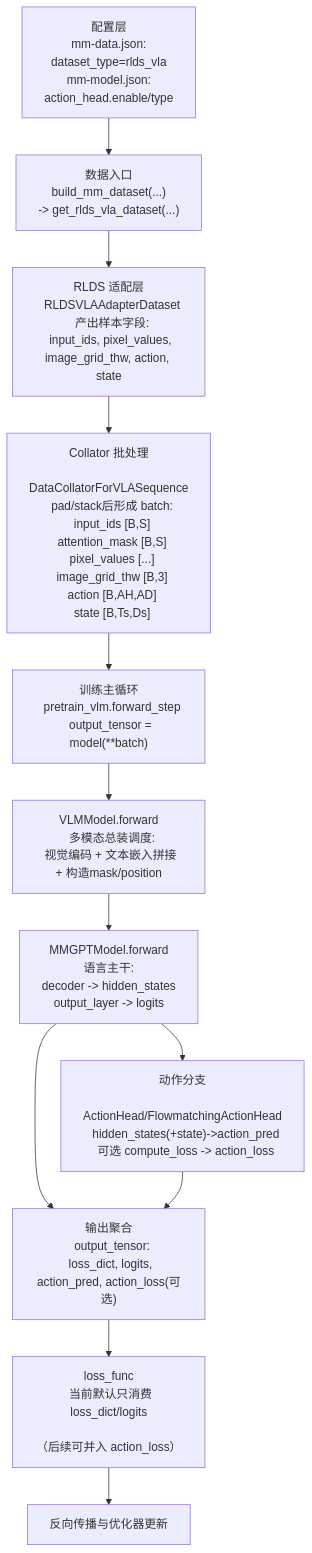
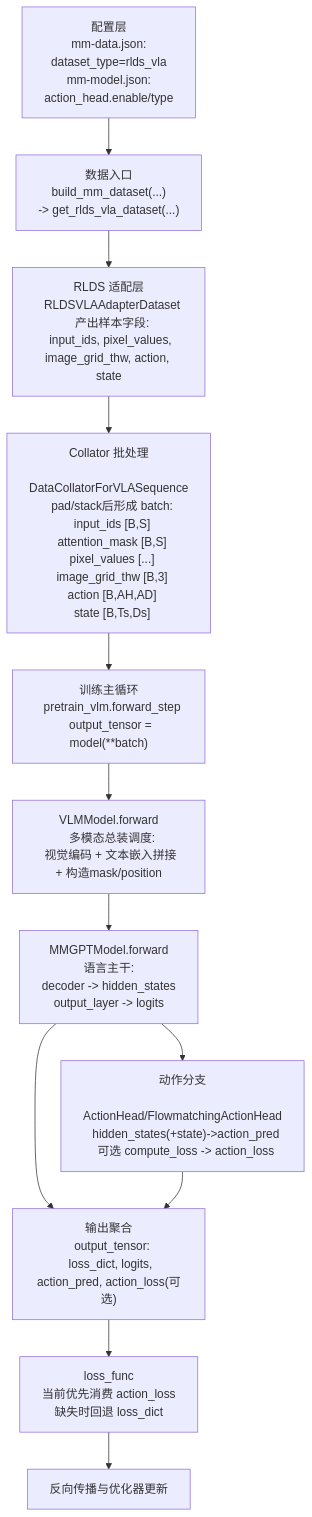
The third of 4 diagrams in docs/zh/features/vla_action_head_integration_plan.md (atomrun39/MindSpeed-MM-master-VLA), drawn with Mermaid before and after one commit. The commit also changed other lines of this file and 12 other files, not shown here.

````diff
--- a/docs/zh/features/vla_action_head_integration_plan.md
+++ b/docs/zh/features/vla_action_head_integration_plan.md
@@ -500,58 +501,58 @@
 ```mermaid
 flowchart TD
   A["配置层
   mm-data.json:
   dataset_type=rlds_vla
   mm-model.json:
   action_head.enable/type"]
 
   B["数据入口
   build_mm_dataset(...)
   -> get_rlds_vla_dataset(...)"]
 
   C["RLDS 适配层
   RLDSVLAAdapterDataset
   产出样本字段:
   input_ids, pixel_values, image_grid_thw, action, state"]
 
   D["Collator 批处理
   DataCollatorForVLASequence
   pad/stack后形成 batch:
   input_ids [B,S]
   attention_mask [B,S]
   pixel_values [...]
   image_grid_thw [B,3]
   action [B,AH,AD]
   state [B,Ts,Ds]"]
 
   E["训练主循环
   pretrain_vlm.forward_step
   output_tensor = model(**batch)"]
 
   F["VLMModel.forward
   多模态总装调度:
   视觉编码 + 文本嵌入拼接 + 构造mask/position"]
 
   G["MMGPTModel.forward
   语言主干:
   decoder -> hidden_states
   output_layer -> logits"]
 
   H["动作分支
   ActionHead/FlowmatchingActionHead
   hidden_states(+state)->action_pred
   可选 compute_loss -> action_loss"]
 
   I["输出聚合
   output_tensor:
   loss_dict, logits, action_pred, action_loss(可选)"]
 
   J["loss_func
-  当前默认只消费 loss_dict/logits
-  （后续可并入 action_loss）"]
+  当前优先消费 action_loss
+  缺失时回退 loss_dict"]
 
   K["反向传播与优化器更新"]
 
   A --> B --> C --> D --> E --> F --> G --> I --> J --> K
   G --> H --> I
 ```
````
